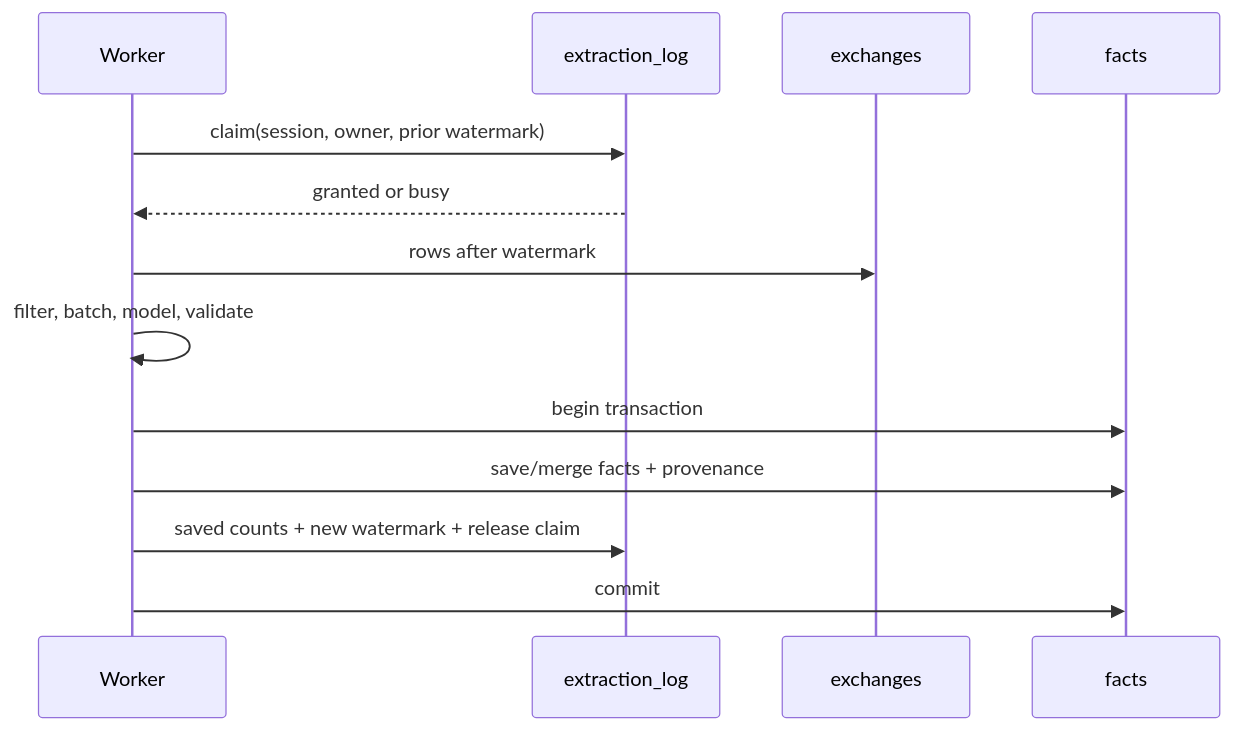
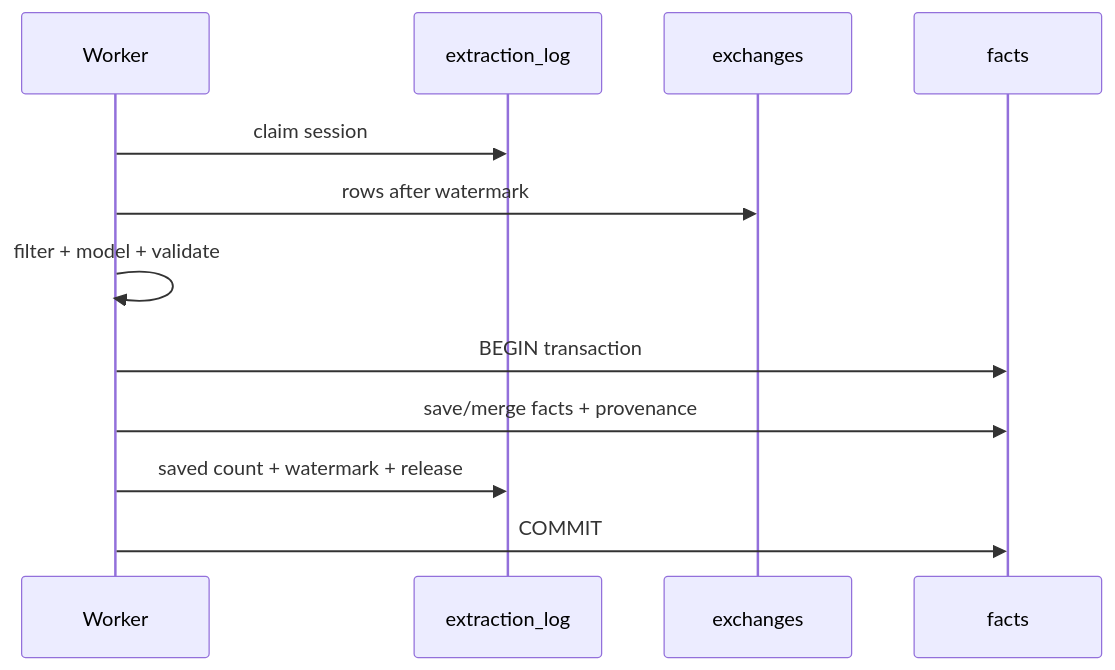
The diagram in docs/FACT-LIFECYCLE.md (BongSuCHOI/memex), drawn with Mermaid before and after one commit. The commit also changed other lines of this file and 21 other files, not shown here.

````diff
--- a/docs/FACT-LIFECYCLE.md
+++ b/docs/FACT-LIFECYCLE.md
@@ -91,15 +56,15 @@
 ```mermaid
 sequenceDiagram
     participant W as Worker
     participant L as extraction_log
     participant E as exchanges
     participant F as facts
-    W->>L: claim(session, owner, prior watermark)
-    L-->>W: granted or busy
+
+    W->>L: claim session
     W->>E: rows after watermark
-    W->>W: filter, batch, model, validate
-    W->>F: begin transaction
+    W->>W: filter + model + validate
+    W->>F: BEGIN transaction
     W->>F: save/merge facts + provenance
-    W->>L: saved counts + new watermark + release claim
-    W->>F: commit
+    W->>L: saved count + watermark + release
+    W->>F: COMMIT
 ```
````
